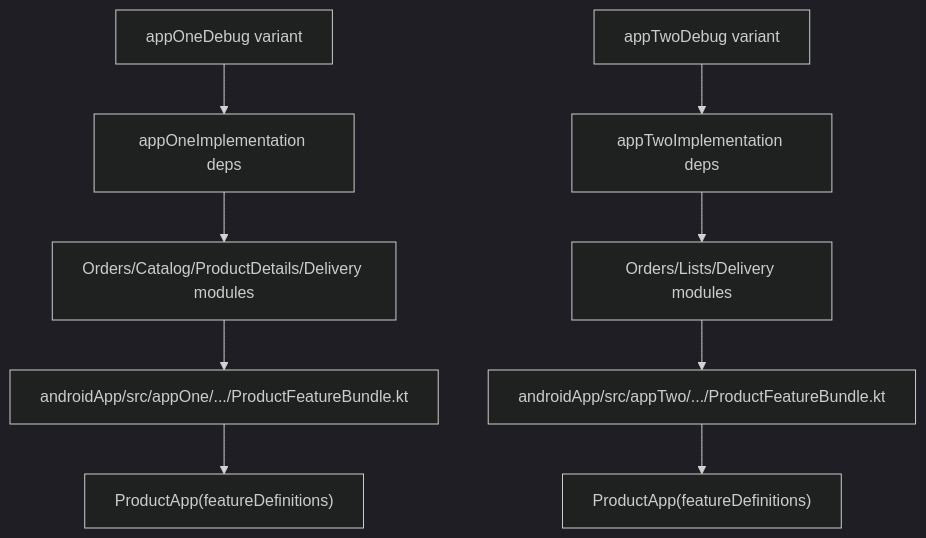
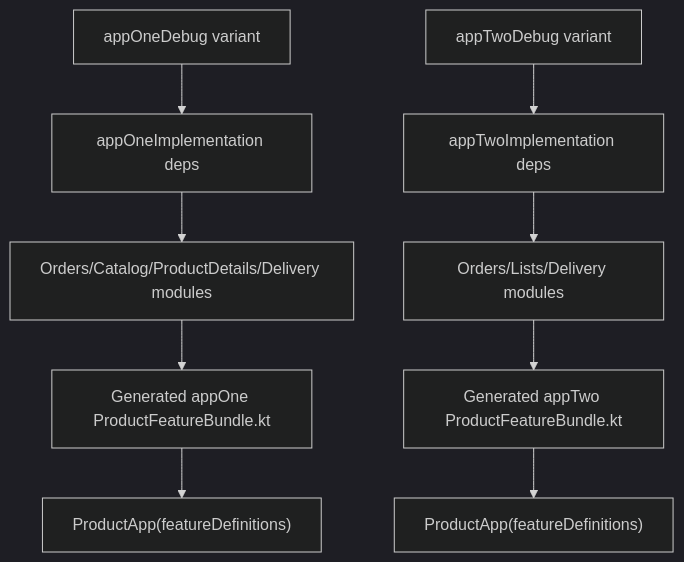
One commit to a-e-s-h-m-a/kmp-multi-app changed the third of 6 diagrams in docs/physical-feature-bundling.md. Above: the diagram before and after it, drawn with Mermaid (dark theme). The commit also changed other lines of this file and 7 other files, not shown here.

Commit message:
Automate feature bundle generation

````diff
--- a/docs/physical-feature-bundling.md
+++ b/docs/physical-feature-bundling.md
@@ -181,12 +188,12 @@
 ```mermaid
 flowchart TD
     A["appOneDebug variant"] --> B["appOneImplementation deps"]
     B --> C["Orders/Catalog/ProductDetails/Delivery modules"]
-    C --> D["androidApp/src/appOne/.../ProductFeatureBundle.kt"]
+    C --> D["Generated appOne ProductFeatureBundle.kt"]
     D --> E["ProductApp(featureDefinitions)"]
 
     F["appTwoDebug variant"] --> G["appTwoImplementation deps"]
     G --> H["Orders/Lists/Delivery modules"]
-    H --> I["androidApp/src/appTwo/.../ProductFeatureBundle.kt"]
+    H --> I["Generated appTwo ProductFeatureBundle.kt"]
     I --> J["ProductApp(featureDefinitions)"]
 ```
````
